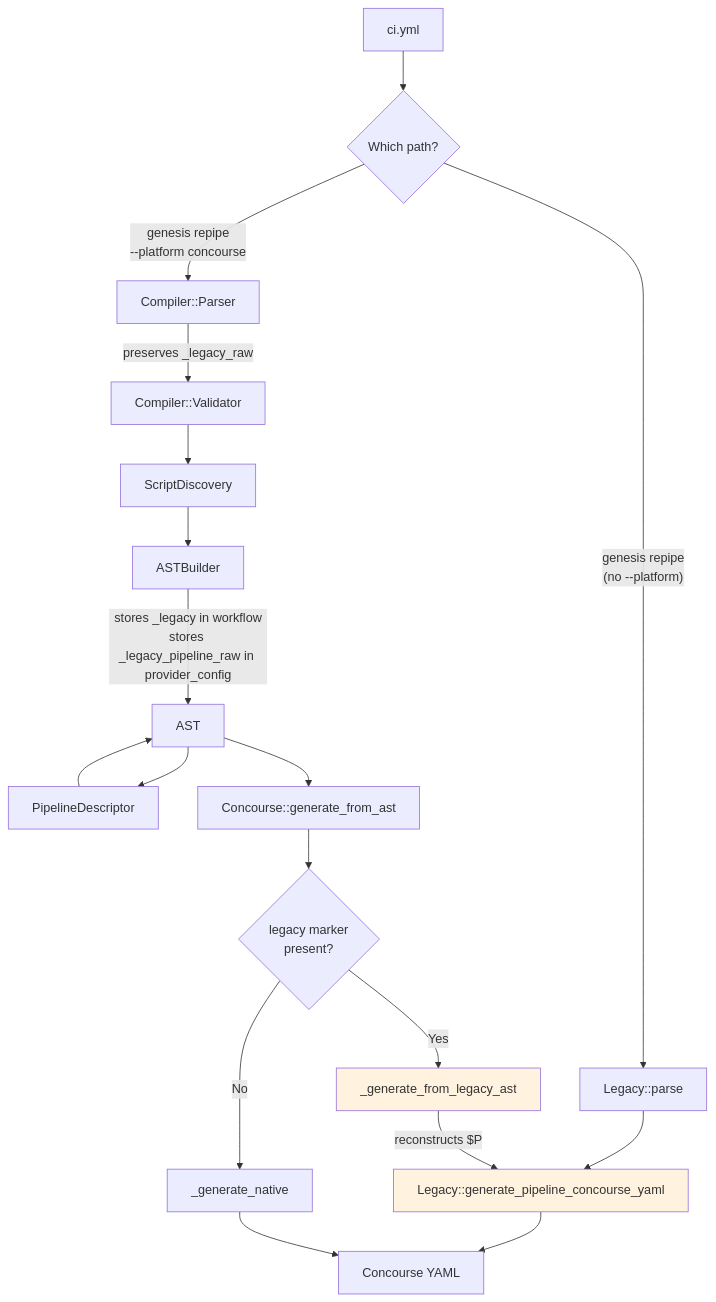
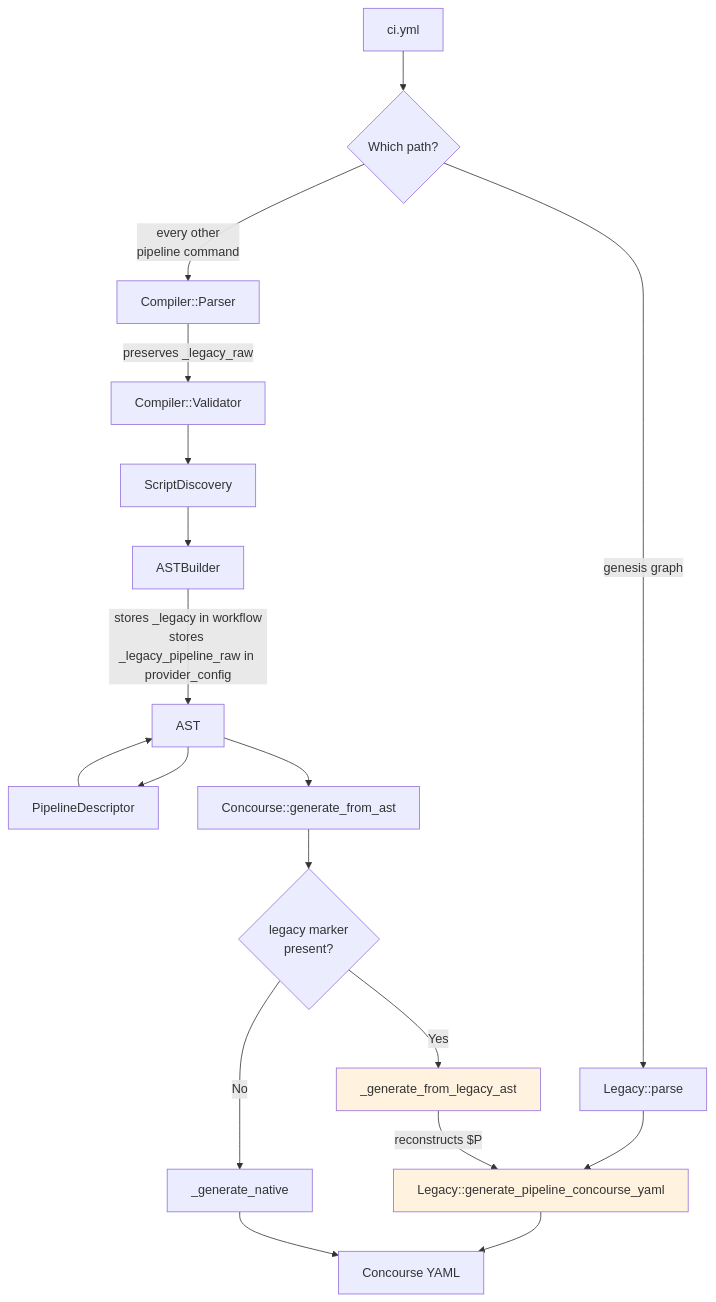
One commit to RubidiumStudios/genesis changed the diagram in docs/ci/dev/legacy-bridge.md. Above: the diagram before and after it, drawn with Mermaid. The commit also changed other lines of this file and 6 other files, not shown here.

````diff
--- a/docs/ci/dev/legacy-bridge.md
+++ b/docs/ci/dev/legacy-bridge.md
@@ -117,26 +120,26 @@
 ```mermaid
 flowchart TD
     A[ci.yml] --> B{Which path?}
 
-    B -->|"genesis repipe<br/>(no --platform)"| C[Legacy::parse]
+    B -->|"genesis graph"| C[Legacy::parse]
     C --> D[Legacy::generate_pipeline_concourse_yaml]
     D --> E[Concourse YAML]
 
-    B -->|"genesis repipe<br/>--platform concourse"| F[Compiler::Parser]
+    B -->|"every other<br/>pipeline command"| F[Compiler::Parser]
     F -->|"preserves _legacy_raw"| G[Compiler::Validator]
     G --> H[ScriptDiscovery]
     H --> I[ASTBuilder]
     I -->|"stores _legacy in workflow<br/>stores _legacy_pipeline_raw in provider_config"| J[AST]
     J --> K[PipelineDescriptor]
     K --> J
     J --> L[Concourse::generate_from_ast]
 
     L --> M{legacy marker<br/>present?}
     M -->|Yes| N[_generate_from_legacy_ast]
     N -->|reconstructs $P| D
     M -->|No| O[_generate_native]
     O --> E
 
     style N fill:#fff3e0
     style D fill:#fff3e0
 ```
````
